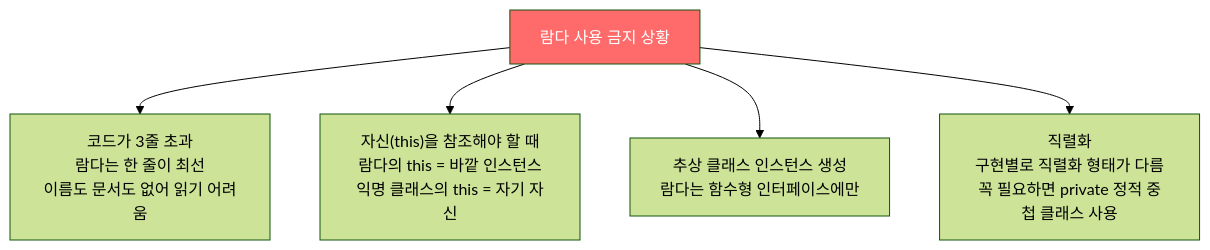
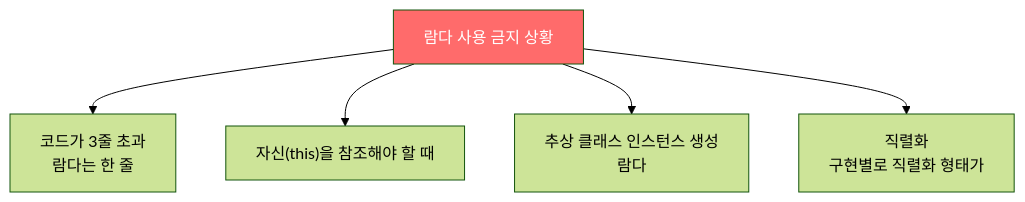
The second of 2 diagrams in _posts/java/2022-01-17-effective-java42.md (yjkim2015/yjkim2015.github.io), drawn with Mermaid (forest theme) before and after one commit. The commit also changed other lines of this file and 271 other files, not shown here.

First line of the commit message:
Mermaid 라벨 축소: 긴 노드 텍스트 18자 이하로 트림 + \n 제거

````diff
--- a/_posts/java/2022-01-17-effective-java42.md
+++ b/_posts/java/2022-01-17-effective-java42.md
@@ -92,8 +92,8 @@
 ```mermaid
 graph TD
-    A["람다 사용 금지 상황"] --> B["코드가 3줄 초과\n람다는 한 줄이 최선\n이름도 문서도 없어 읽기 어려움"]
-    A --> C["자신(this)을 참조해야 할 때\n람다의 this = 바깥 인스턴스\n익명 클래스의 this = 자기 자신"]
-    A --> D["추상 클래스 인스턴스 생성\n람다는 함수형 인터페이스에만"]
-    A --> E["직렬화\n구현별로 직렬화 형태가 다름\n꼭 필요하면 private 정적 중첩 클래스 사용"]
+    A["람다 사용 금지 상황"] --> B["코드가 3줄 초과\n람다는 한 줄"]
+    A --> C["자신(this)을 참조해야 할 때"]
+    A --> D["추상 클래스 인스턴스 생성\n람다"]
+    A --> E["직렬화\n구현별로 직렬화 형태가"]
     style A fill:#ff6b6b,color:#fff
 ```
````
